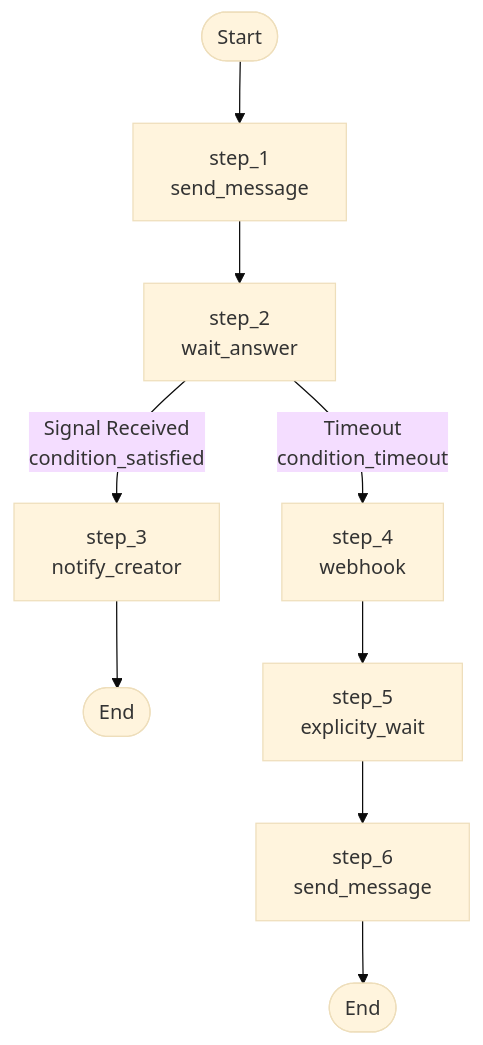
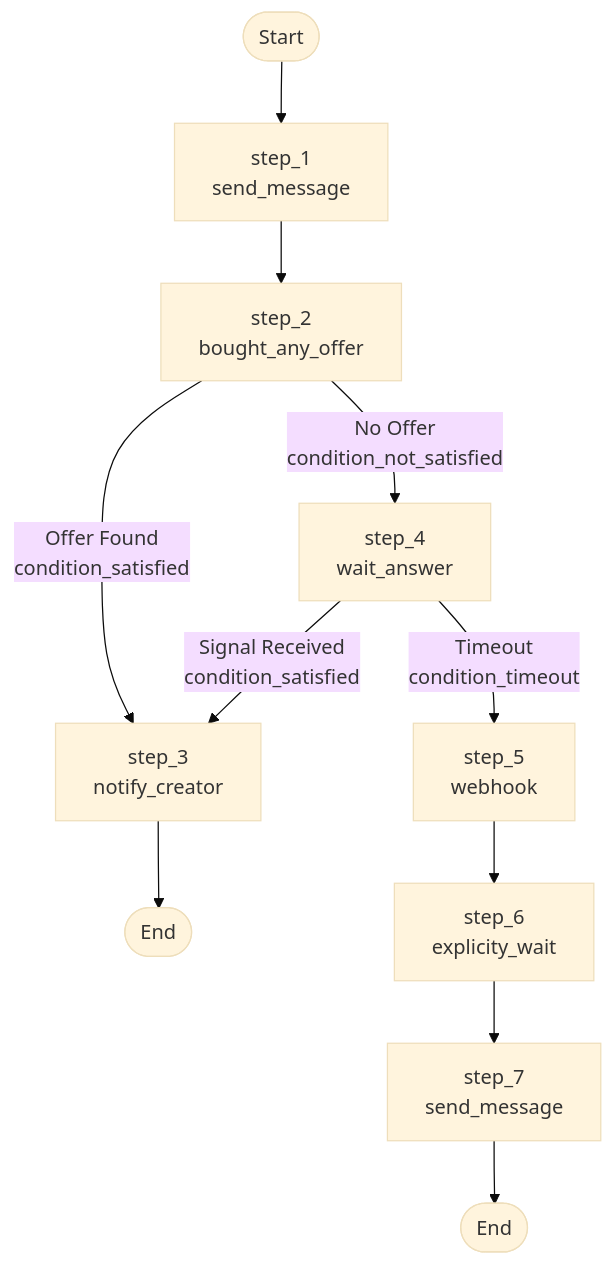
The diagram in README.md (EvertonTomalok/temporal-poc), drawn with Mermaid (base theme) before and after one commit. The commit also changed other lines of this file and 8 other files, not shown here.

````diff
--- a/README.md
+++ b/README.md
@@ -406,11 +448,13 @@
 ```mermaid
 flowchart TD
     Start([Start]) --> step1[step_1<br/>send_message]
-    step1 --> step2[step_2<br/>wait_answer]
-    step2 -->|Signal Received<br/>condition_satisfied| step3[step_3<br/>notify_creator]
-    step2 -->|Timeout<br/>condition_timeout| step4[step_4<br/>webhook]
+    step1 --> step2[step_2<br/>bought_any_offer]
+    step2 -->|Offer Found<br/>condition_satisfied| step3[step_3<br/>notify_creator]
+    step2 -->|No Offer<br/>condition_not_satisfied| step4[step_4<br/>wait_answer]
     step3 --> End1([End])
-    step4 --> step5[step_5<br/>explicity_wait]
-    step5 --> step6[step_6<br/>send_message]
-    step6 --> End2([End])
+    step4 -->|Signal Received<br/>condition_satisfied| step3
+    step4 -->|Timeout<br/>condition_timeout| step5[step_5<br/>webhook]
+    step5 --> step6[step_6<br/>explicity_wait]
+    step6 --> step7[step_7<br/>send_message]
+    step7 --> End2([End])
 ```
````
